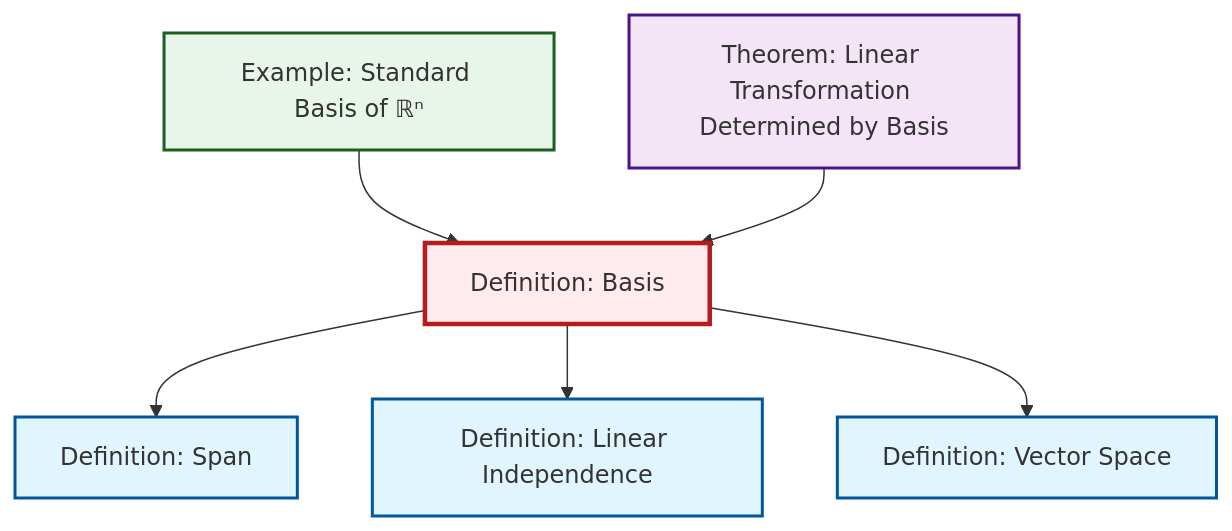
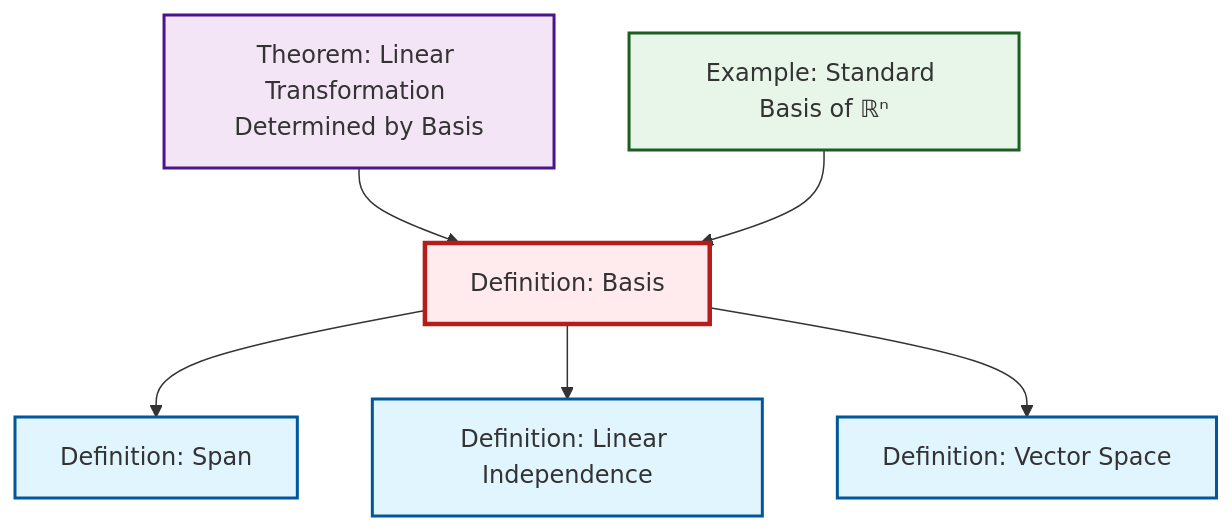
Before and after one commit to RK0429/ModernMath: the diagram in content/ja/algebra/def-basis.qmd, drawn with Mermaid. The commit also changed other lines of this file and 360 other files, not shown here.

````diff
--- a/content/ja/algebra/def-basis.qmd
+++ b/content/ja/algebra/def-basis.qmd
@@ -56,26 +56,26 @@
 ```{mermaid}
 %%| fig-cap: "Local dependency graph"
 graph TD
     classDef definition fill:#e1f5fe,stroke:#01579b,stroke-width:2px
     classDef theorem fill:#f3e5f5,stroke:#4a148c,stroke-width:2px
     classDef axiom fill:#fff3e0,stroke:#e65100,stroke-width:2px
     classDef example fill:#e8f5e9,stroke:#1b5e20,stroke-width:2px
     classDef current fill:#ffebee,stroke:#b71c1c,stroke-width:3px
+    def-basis["Definition: Basis"]:::definition
+    def-span["Definition: Span"]:::definition
+    thm-linear-transformation-basis["Theorem: Linear Transformation Determined by Basis"]:::theorem
+    def-vector-space["Definition: Vector Space"]:::definition
+    ex-standard-basis-rn["Example: Standard Basis of ℝⁿ"]:::example
     def-linear-independence["Definition: Linear Independence"]:::definition
-    def-basis["Definition: Basis"]:::definition
-    def-vector-space["Definition: Vector Space"]:::definition
-    def-span["Definition: Span"]:::definition
-    ex-standard-basis-rn["Example: Standard Basis of ℝⁿ"]:::example
-    thm-linear-transformation-basis["Theorem: Linear Transformation Determined by Basis"]:::theorem
     def-basis --> def-span
-    ex-standard-basis-rn --> def-basis
     def-basis --> def-linear-independence
     thm-linear-transformation-basis --> def-basis
+    ex-standard-basis-rn --> def-basis
     def-basis --> def-vector-space
     class def-basis current
+    click def-span "def-span.html" "Definition: Spanへ"
+    click thm-linear-transformation-basis "thm-linear-transformation-basis.html" "Theorem: Linear Transformation Determined by Basisへ"
+    click def-vector-space "def-vector-space.html" "Definition: Vector Spaceへ"
+    click ex-standard-basis-rn "ex-standard-basis-rn.html" "Example: Standard Basis of ℝⁿへ"
     click def-linear-independence "def-linear-independence.html" "Definition: Linear Independenceへ"
-    click def-vector-space "def-vector-space.html" "Definition: Vector Spaceへ"
-    click def-span "def-span.html" "Definition: Spanへ"
-    click ex-standard-basis-rn "ex-standard-basis-rn.html" "Example: Standard Basis of ℝⁿへ"
-    click thm-linear-transformation-basis "thm-linear-transformation-basis.html" "Theorem: Linear Transformation Determined by Basisへ"
 ```
````
